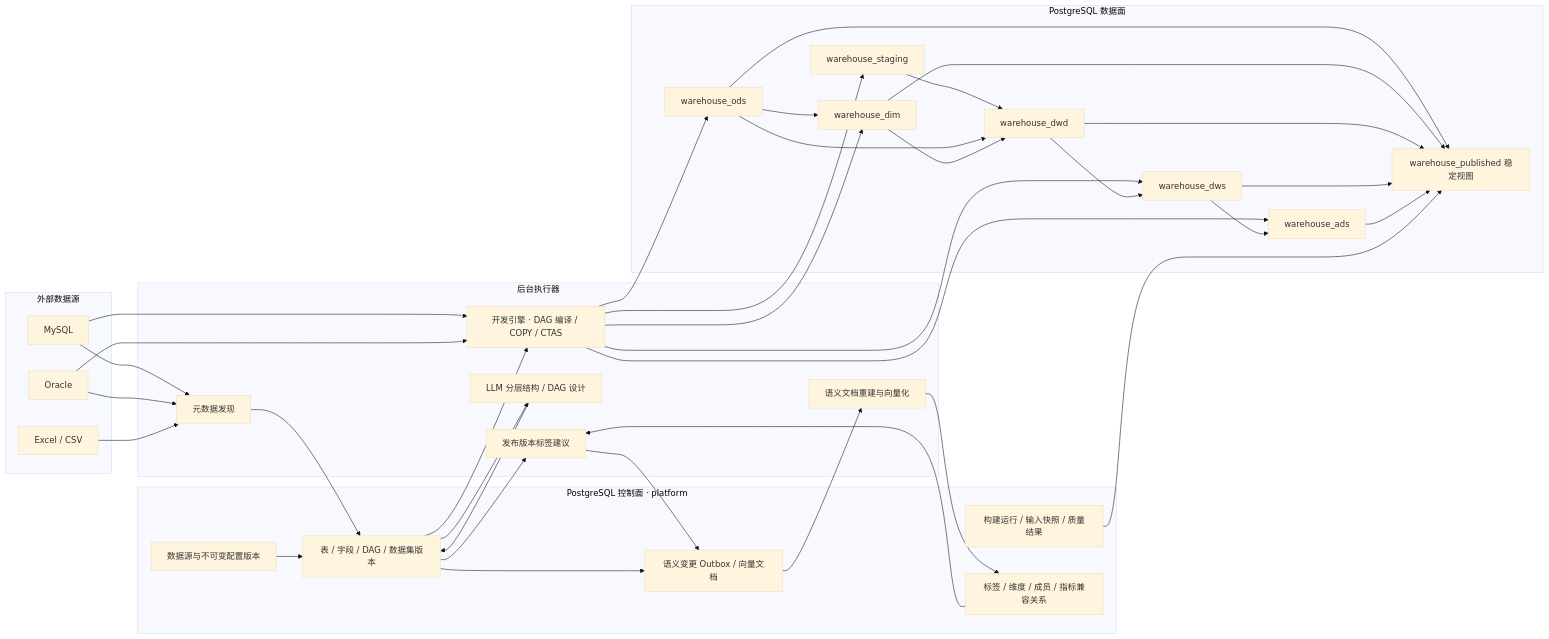
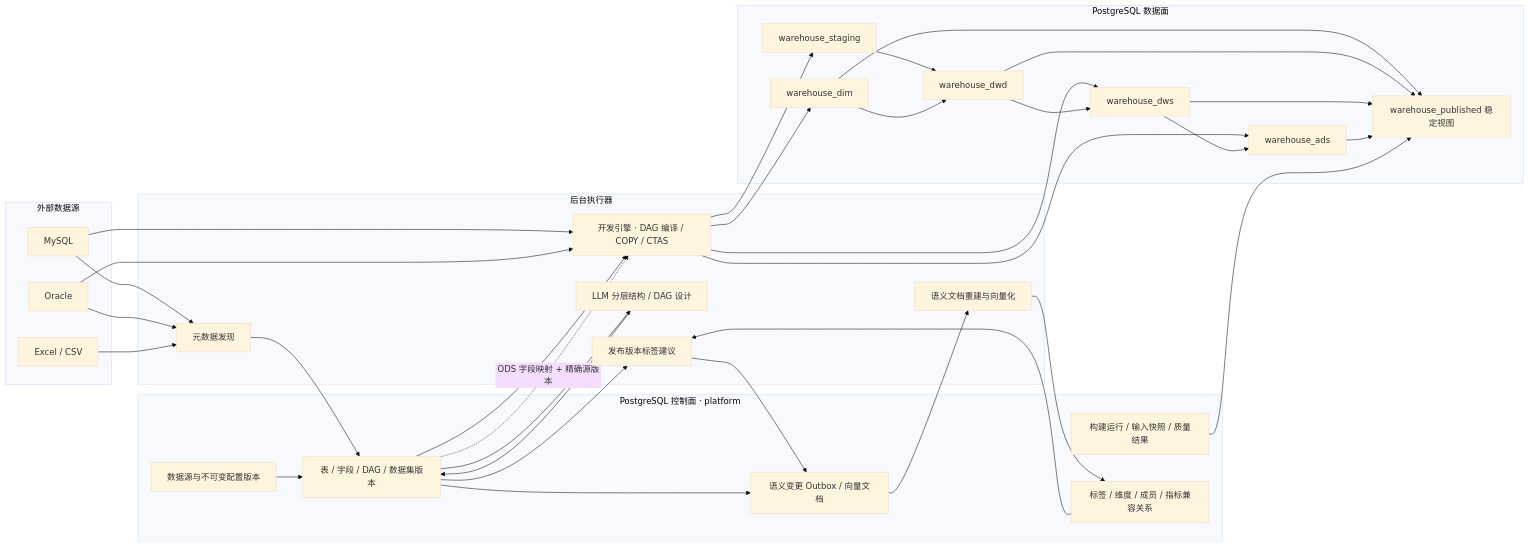
One commit to 331819353/intelligent_report_generation_system changed the first of 2 diagrams in docs/layered-data-platform-architecture.md. Above: the diagram before and after it, drawn with Mermaid (base theme). The commit also changed other lines of this file and 240 other files, not shown here.

````diff
--- a/docs/layered-data-platform-architecture.md
+++ b/docs/layered-data-platform-architecture.md
@@ -12,63 +12,59 @@
 ```mermaid
 flowchart LR
   subgraph Source["外部数据源"]
     MySQL
     Oracle
     Excel["Excel / CSV"]
   end
 
   subgraph Control["PostgreSQL 控制面 · platform"]
     DS["数据源与不可变配置版本"]
     Catalog["表 / 字段 / DAG / 数据集版本"]
     Build["构建运行 / 输入快照 / 质量结果"]
     Semantic["标签 / 维度 / 成员 / 指标兼容关系"]
     Outbox["语义变更 Outbox / 向量文档"]
   end
 
   subgraph Data["PostgreSQL 数据面"]
     Stage["warehouse_staging"]
-    ODS["warehouse_ods"]
     DIM["warehouse_dim"]
     DWD["warehouse_dwd"]
     DWS["warehouse_dws"]
     ADS["warehouse_ads"]
     Published["warehouse_published 稳定视图"]
   end
 
   subgraph Worker["后台执行器"]
     Metadata["元数据发现"]
     TagSuggest["发布版本标签建议"]
     Modeler["LLM 分层结构 / DAG 设计"]
     Builder["开发引擎 · DAG 编译 / COPY / CTAS"]
     Embed["语义文档重建与向量化"]
   end
 
   MySQL --> Metadata
   Oracle --> Metadata
   Excel --> Metadata
   Metadata --> Catalog
   Catalog --> Modeler --> Catalog
   Catalog --> Builder
   MySQL --> Builder
   Oracle --> Builder
   Builder --> Stage --> DWD
-  Builder --> ODS
   Builder --> DIM
   Builder --> DWS
   Builder --> ADS
-  ODS --> DIM
-  ODS --> DWD
+  Catalog -. "ODS 字段映射 + 精确源版本" .-> Builder
   DIM --> DWD
   DWD --> DWS --> ADS
-  ODS --> Published
   DIM --> Published
   DWD --> Published
   DWS --> Published
   ADS --> Published
   Catalog --> TagSuggest
   Semantic --> TagSuggest
   TagSuggest --> Outbox
   Catalog --> Outbox --> Embed --> Semantic
   DS --> Catalog
   Build --> Published
 ```
````
